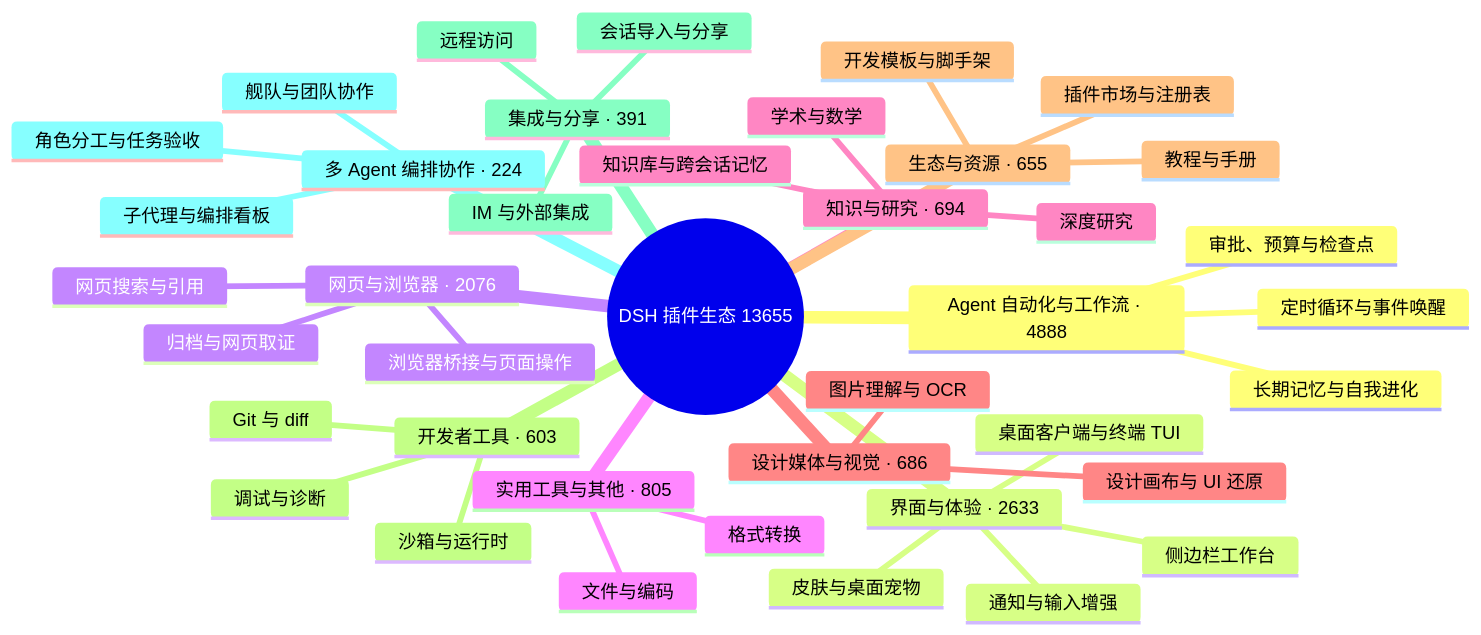
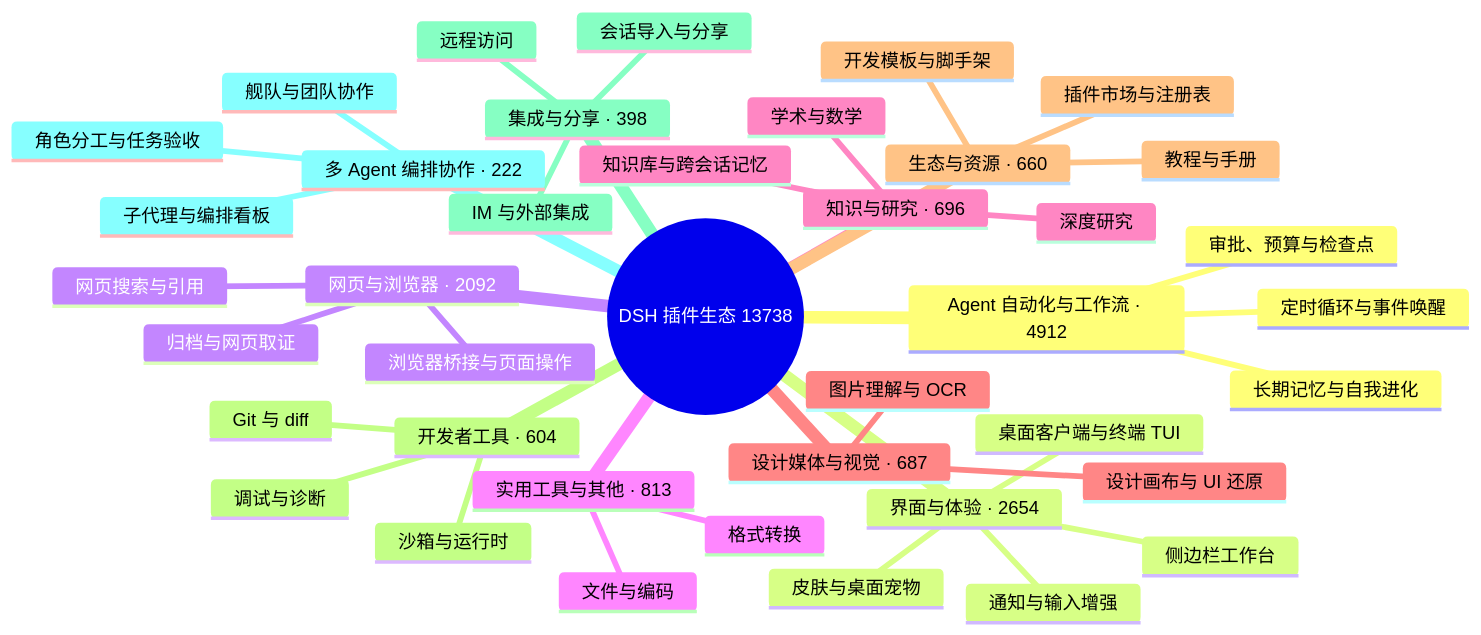
One commit to bruc3van/awesome-dsh-plugin changed the diagram in README.md. Above: the diagram before and after it, drawn with Mermaid. The commit also changed other lines of this file and 21 other files, not shown here.

````diff
--- a/README.md
+++ b/README.md
@@ -32,43 +32,43 @@
 ```mermaid
 mindmap
-  root((DSH 插件生态 13655))
-    Agent 自动化与工作流 · 4888
+  root((DSH 插件生态 13738))
+    Agent 自动化与工作流 · 4912
       定时循环与事件唤醒
       长期记忆与自我进化
       审批、预算与检查点
-    界面与体验 · 2633
+    界面与体验 · 2654
       桌面客户端与终端 TUI
       侧边栏工作台
       皮肤与桌面宠物
       通知与输入增强
-    网页与浏览器 · 2076
+    网页与浏览器 · 2092
       浏览器桥接与页面操作
       网页搜索与引用
       归档与网页取证
-    实用工具与其他 · 805
+    实用工具与其他 · 813
       文件与编码
       格式转换
-    知识与研究 · 694
+    知识与研究 · 696
       知识库与跨会话记忆
       深度研究
       学术与数学
-    设计媒体与视觉 · 686
+    设计媒体与视觉 · 687
       图片理解与 OCR
       设计画布与 UI 还原
-    生态与资源 · 655
+    生态与资源 · 660
       插件市场与注册表
       开发模板与脚手架
       教程与手册
-    开发者工具 · 603
+    开发者工具 · 604
       Git 与 diff
       沙箱与运行时
       调试与诊断
-    集成与分享 · 391
+    集成与分享 · 398
       会话导入与分享
       远程访问
       IM 与外部集成
-    多 Agent 编排协作 · 224
+    多 Agent 编排协作 · 222
       子代理与编排看板
       舰队与团队协作
       角色分工与任务验收
 ```
````
